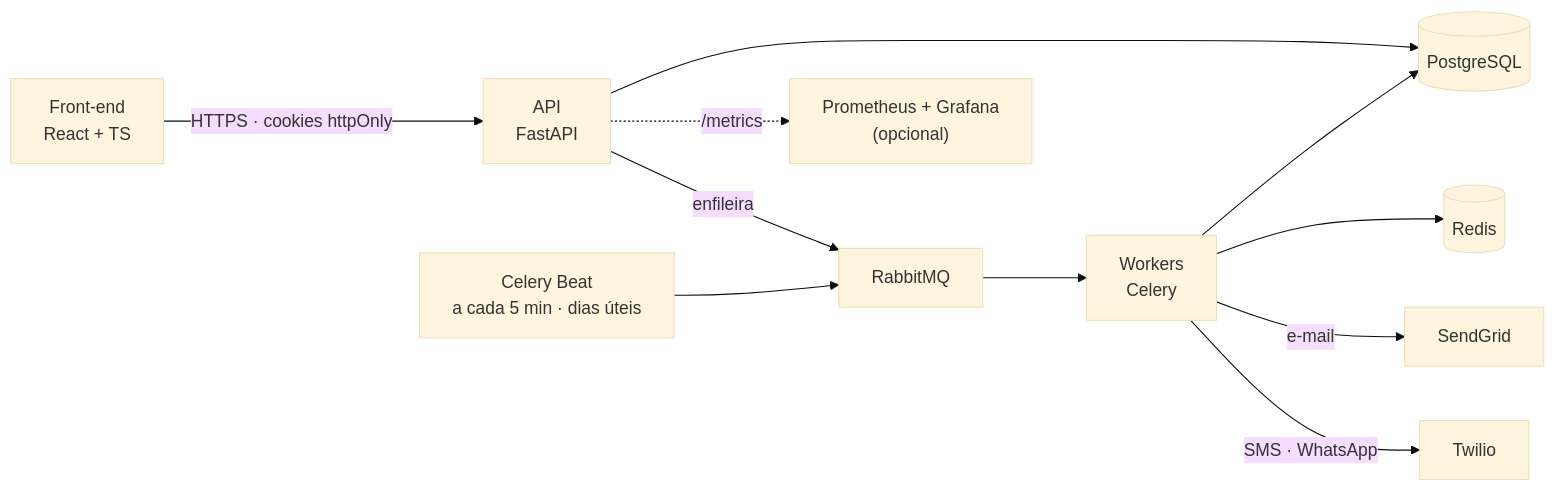
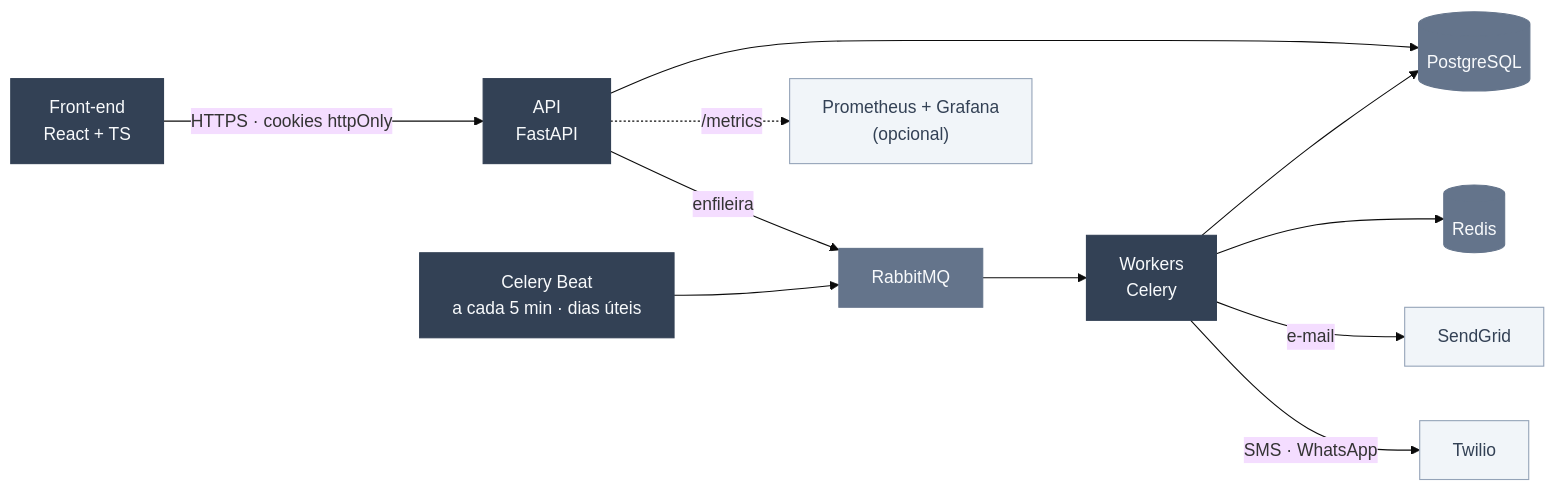
One commit to MarieleV/PlataformaCobranca changed the diagram in README.md. Above: the diagram before and after it, drawn with Mermaid (base theme). The commit also changed other lines of this file, not shown here.

````diff
--- a/README.md
+++ b/README.md
@@ -85,13 +90,20 @@
 ```mermaid
 flowchart LR
     FE["Front-end<br/>React + TS"] -- "HTTPS · cookies httpOnly" --> API["API<br/>FastAPI"]
     API --> DB[("PostgreSQL")]
     API -- "enfileira" --> MQ["RabbitMQ"]
     MQ --> W["Workers<br/>Celery"]
     BEAT["Celery Beat<br/>a cada 5 min · dias úteis"] --> MQ
     W --> DB
     W --> R[("Redis")]
     W -- "e-mail" --> SG["SendGrid"]
     W -- "SMS · WhatsApp" --> TW["Twilio"]
     API -. "/metrics" .-> PROM["Prometheus + Grafana<br/>(opcional)"]
+
+    classDef core fill:#334155,stroke:#334155,color:#F8FAFC;
+    classDef infra fill:#64748B,stroke:#64748B,color:#F8FAFC;
+    classDef ext fill:#F1F5F9,stroke:#94A3B8,color:#334155;
+    class FE,API,W,BEAT core;
+    class DB,MQ,R infra;
+    class SG,TW,PROM ext;
 ```
````
